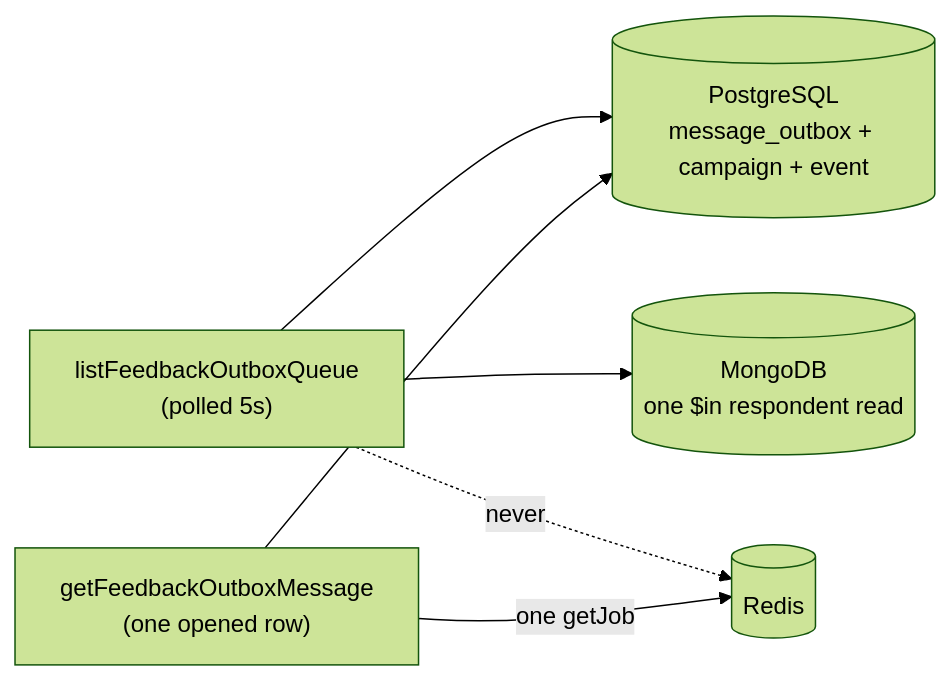
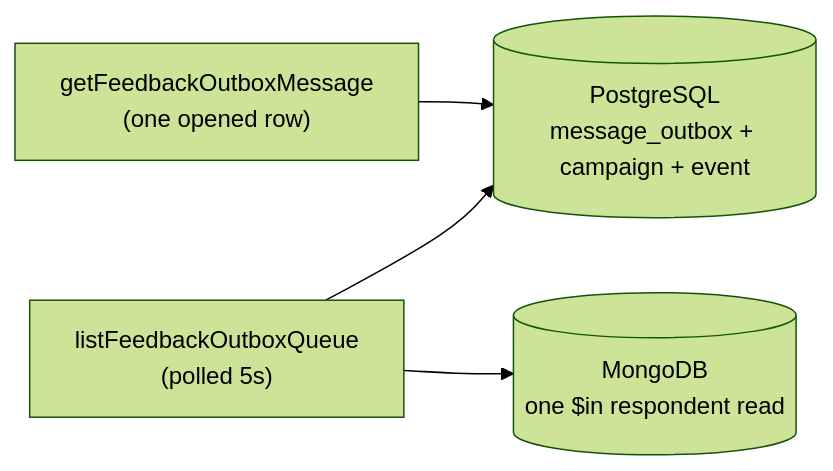
Before and after one commit to johnakisk0700/slopform: the diagram in docs/frontend/feedback-outbound-queue.md, drawn with Mermaid (forest theme). The commit also changed other lines of this file and 226 other files, not shown here.

````diff
--- a/docs/frontend/feedback-outbound-queue.md
+++ b/docs/frontend/feedback-outbound-queue.md
@@ -103,8 +109,6 @@
 ```mermaid
 flowchart LR
   list["listFeedbackOutboxQueue\n(polled 5s)"] --> pg[(PostgreSQL\nmessage_outbox + campaign + event)]
   list --> mongo[(MongoDB\none $in respondent read)]
-  list -.->|"never"| redis[(Redis)]
   row["getFeedbackOutboxMessage\n(one opened row)"] --> pg
-  row -->|"one getJob"| redis
 ```
````
